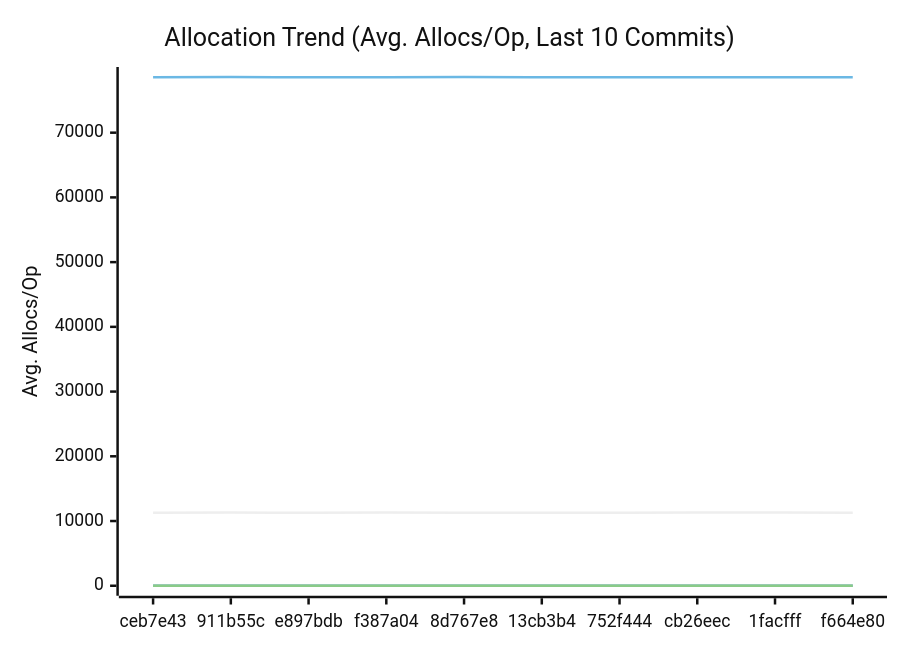
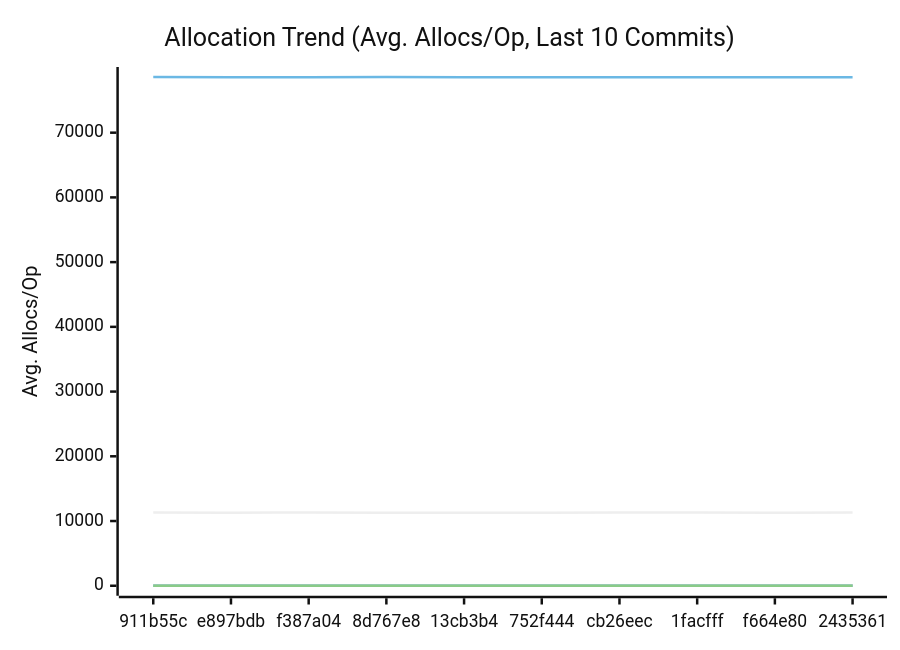
The third of 3 diagrams in docs/PERFORMANCE.md (alsotoes/momo), drawn with Mermaid (neutral theme) before and after one commit. The commit also changed other lines of this file and 5 other files, not shown here.

````diff
--- a/docs/PERFORMANCE.md
+++ b/docs/PERFORMANCE.md
@@ -197,20 +197,20 @@
 ```mermaid
 xychart-beta
     title "Allocation Trend (Avg. Allocs/Op, Last 10 Commits)"
     x-axis "Commit"
     y-axis "Avg. Allocs/Op"
-    x-axis [ceb7e43,911b55c,e897bdb,f387a04,8d767e8,13cb3b4,752f444,cb26eec,1facfff,f664e80]
-    line "AWSChunkedReaderSigned" [11281,11298,11295,11317,11297,11272,11275,11298,11308,11270]
-    line "AWSChunkedReaderUnsigned" [78557,78598,78563,78578,78602,78562,78568,78562,78579,78560]
+    x-axis [911b55c,e897bdb,f387a04,8d767e8,13cb3b4,752f444,cb26eec,1facfff,f664e80,2435361]
+    line "AWSChunkedReaderSigned" [11298,11295,11317,11297,11272,11275,11298,11308,11270,11298]
+    line "AWSChunkedReaderUnsigned" [78598,78563,78578,78602,78562,78568,78562,78579,78560,78566]
     line "CheckMetricsAndSwap" [0,0,0,0,0,0,0,0,0,0]
     line "CrushOptimized" [0,0,0,0,0,0,0,0,0,0]
     line "CrushOriginal" [3,3,3,3,3,3,3,3,3,3]
     line "IndexDirectTracking" [0,0,0,0,0,0,0,0,0,0]
     line "IndexSearch" [0,0,0,0,0,0,0,0,0,0]
     line "LoadGlobalConfig" [54,54,54,54,54,54,54,54,54,54]
     line "PadString" [1,1,1,1,1,1,1,1,1,1]
     line "ParseReplicationOrder_NoPrealloc" [6,6,6,6,6,5,5,5,5,5]
     line "ParseReplicationOrder_Prealloc" [2,2,2,2,2,1,1,1,1,1]
     line "SanitizeLog/Safe" [0,0,0,0,0,0,0,0,0,0]
     line "SanitizeLog/Unsafe" [1,1,1,1,1,1,1,1,1,1]
 ```
````
